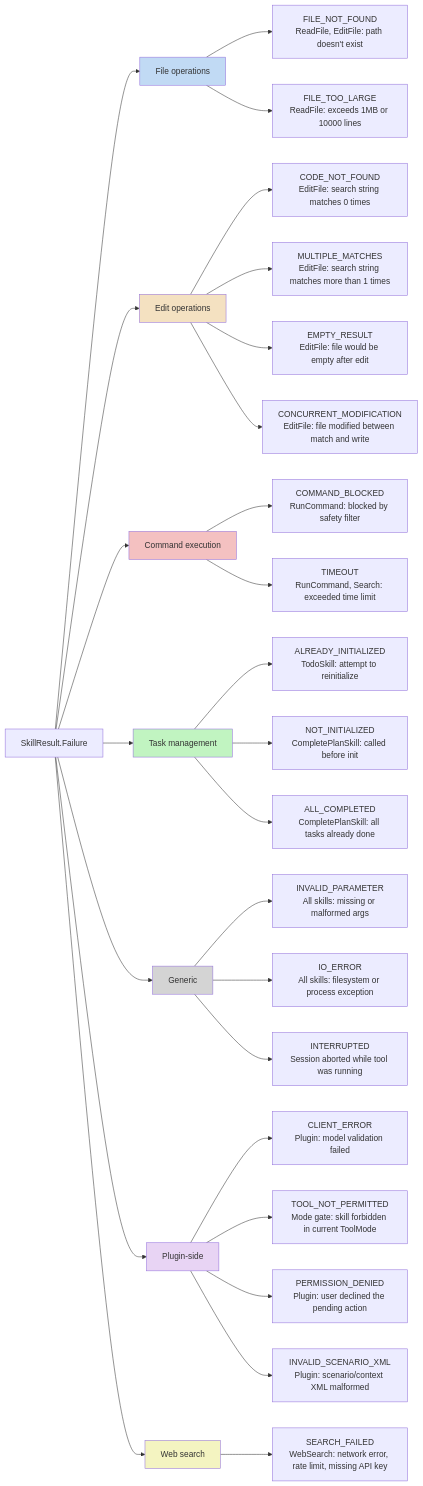
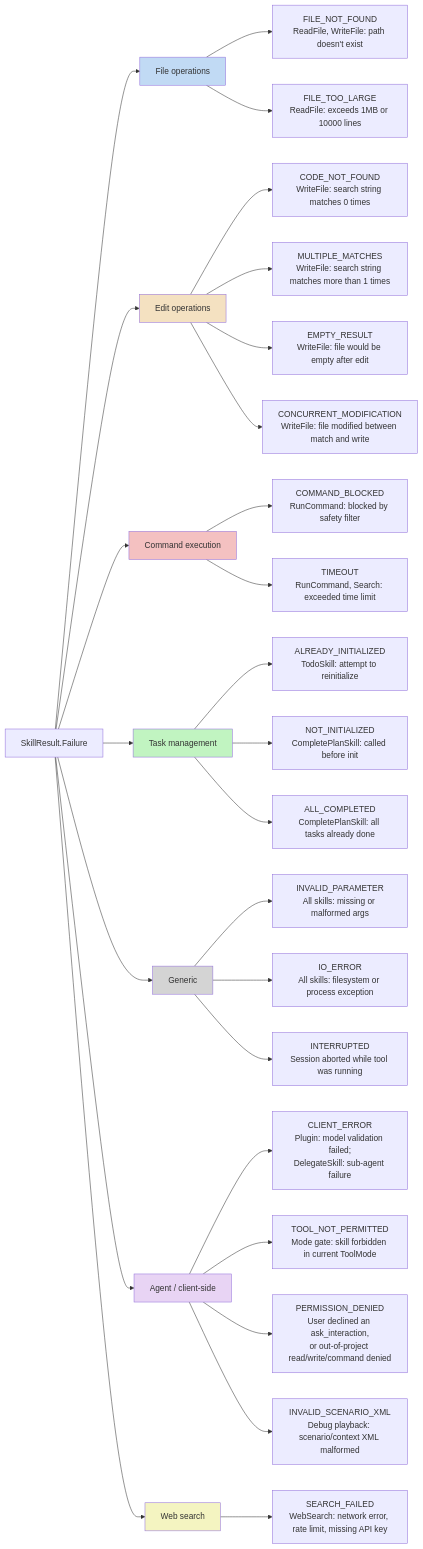
Diagram 21 of 30 in docs/ARCHITECTURE.md (lg841226/Gradum), drawn with Mermaid before and after one commit. The commit also changed other lines of this file and 9 other files, not shown here.

Commit message:
docs: overhaul ARCHITECTURE/PLUGIN_FEATURES, tidy code and env doctor output

````diff
--- a/docs/ARCHITECTURE.md
+++ b/docs/ARCHITECTURE.md
@@ -1448,36 +1527,36 @@
 ```mermaid
 flowchart LR
     ALL[SkillResult.Failure] --> G1[File operations]
     ALL --> G2[Edit operations]
     ALL --> G3[Command execution]
     ALL --> G4[Task management]
     ALL --> G5[Generic]
-    ALL --> G6[Plugin-side]
+    ALL --> G6[Agent / client-side]
     ALL --> G7[Web search]
-    G1 --> F1["FILE_NOT_FOUND<br/>ReadFile, EditFile: path doesn't exist"]
+    G1 --> F1["FILE_NOT_FOUND<br/>ReadFile, WriteFile: path doesn't exist"]
     G1 --> F2["FILE_TOO_LARGE<br/>ReadFile: exceeds 1MB or 10000 lines"]
-    G2 --> F3["CODE_NOT_FOUND<br/>EditFile: search string matches 0 times"]
-    G2 --> F4["MULTIPLE_MATCHES<br/>EditFile: search string matches more than 1 times"]
-    G2 --> F5["EMPTY_RESULT<br/>EditFile: file would be empty after edit"]
-    G2 --> F14["CONCURRENT_MODIFICATION<br/>EditFile: file modified between match and write"]
+    G2 --> F3["CODE_NOT_FOUND<br/>WriteFile: search string matches 0 times"]
+    G2 --> F4["MULTIPLE_MATCHES<br/>WriteFile: search string matches more than 1 times"]
+    G2 --> F5["EMPTY_RESULT<br/>WriteFile: file would be empty after edit"]
+    G2 --> F14["CONCURRENT_MODIFICATION<br/>WriteFile: file modified between match and write"]
     G3 --> F6["COMMAND_BLOCKED<br/>RunCommand: blocked by safety filter"]
     G3 --> F7["TIMEOUT<br/>RunCommand, Search: exceeded time limit"]
     G4 --> F8["ALREADY_INITIALIZED<br/>TodoSkill: attempt to reinitialize"]
     G4 --> F9["NOT_INITIALIZED<br/>CompletePlanSkill: called before init"]
     G4 --> F10["ALL_COMPLETED<br/>CompletePlanSkill: all tasks already done"]
     G5 --> F11["INVALID_PARAMETER<br/>All skills: missing or malformed args"]
     G5 --> F12["IO_ERROR<br/>All skills: filesystem or process exception"]
     G5 --> F15["INTERRUPTED<br/>Session aborted while tool was running"]
-    G6 --> F13["CLIENT_ERROR<br/>Plugin: model validation failed"]
+    G6 --> F13["CLIENT_ERROR<br/>Plugin: model validation failed;<br/>DelegateSkill: sub-agent failure"]
     G6 --> F16["TOOL_NOT_PERMITTED<br/>Mode gate: skill forbidden in current ToolMode"]
-    G6 --> F17["PERMISSION_DENIED<br/>Plugin: user declined the pending action"]
-    G6 --> F18["INVALID_SCENARIO_XML<br/>Plugin: scenario/context XML malformed"]
+    G6 --> F17["PERMISSION_DENIED<br/>User declined an ask_interaction,<br/>or out-of-project read/write/command denied"]
+    G6 --> F18["INVALID_SCENARIO_XML<br/>Debug playback: scenario/context XML malformed"]
     G7 --> F19["SEARCH_FAILED<br/>WebSearch: network error, rate limit, missing API key"]
     style G1 fill: #c1daf4
     style G2 fill: #f4e1c1
     style G3 fill: #f4c1c1
     style G4 fill: #c1f4c1
     style G5 fill: #d4d4d4
     style G6 fill: #e8d4f4
     style G7 fill: #f4f4c1
 ```
````
